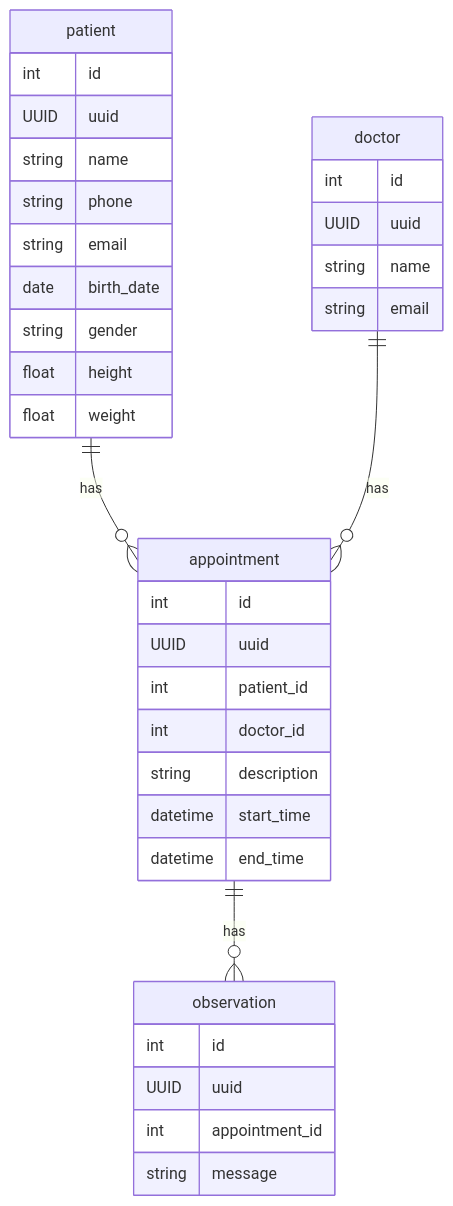
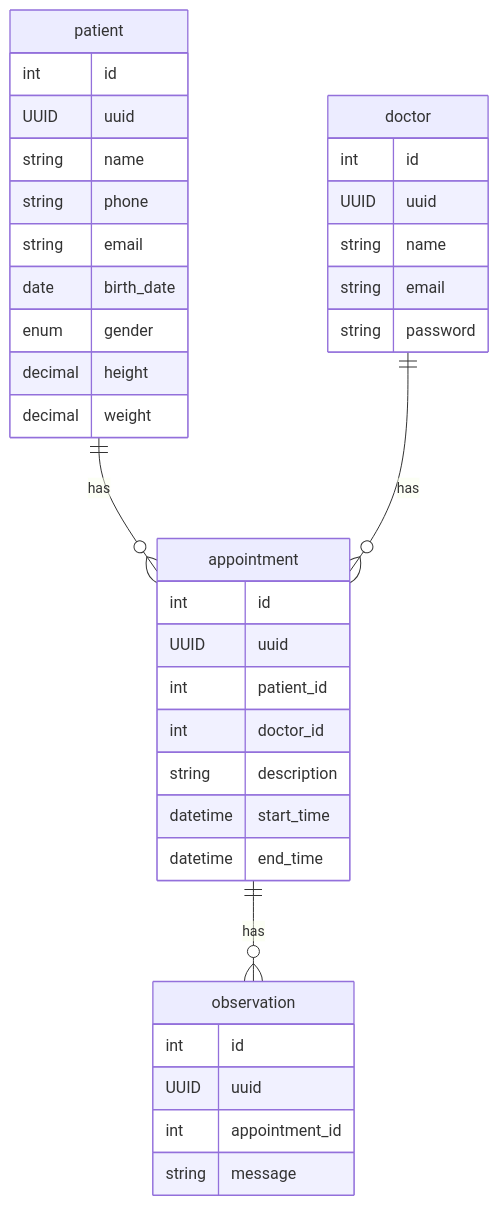
The first of 2 diagrams in README.md (jtonynet/js-med-planner), drawn with Mermaid before and after one commit. The commit also changed other lines of this file and 3 other files, not shown here.

````diff
--- a/README.md
+++ b/README.md
@@ -187,39 +187,40 @@
 ```mermaid
 erDiagram 
     patient {
         int id
         UUID uuid
         string name
         string phone
         string email
         date birth_date
-        string gender
-        float height
-        float weight
+        enum gender
+        decimal height
+        decimal weight
     }
     appointment {
         int id
         UUID uuid
         int patient_id
         int doctor_id
         string description
         datetime start_time
         datetime end_time
     }
     doctor {
         int id
         UUID uuid
         string name
         string email
+        string password
     }
     observation{
         int id
         UUID uuid
         int appointment_id
         string message
     }
 
     patient ||--o{ appointment : has
     doctor ||--o{ appointment : has
     appointment ||--o{ observation : has
 ```
````
